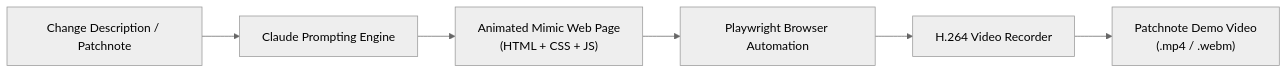
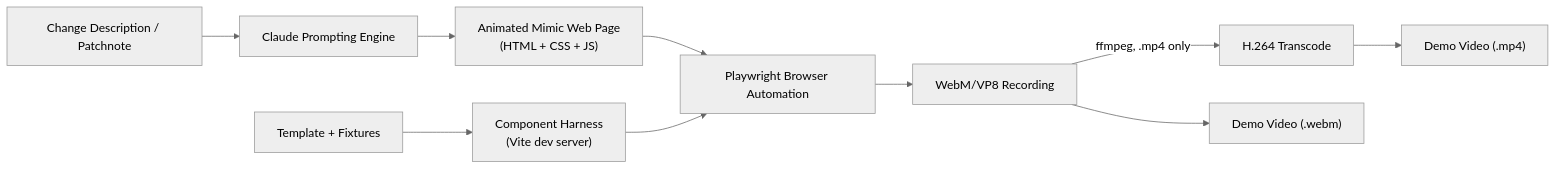
Before and after one commit to SpaceCorps/web-demo-generator: the diagram in README.md, drawn with Mermaid (neutral theme). The commit also changed other lines of this file and 3 other files, not shown here.

First line of the commit message:
Record harness URLs with a scripted tour and expose generateComponentDemo (plan 00056)

````diff
--- a/README.md
+++ b/README.md
@@ -27,8 +30,12 @@
 ```mermaid
 flowchart LR
     A["Change Description / Patchnote"] --> B["Claude Prompting Engine"]
     B --> C["Animated Mimic Web Page\n(HTML + CSS + JS)"]
+    T["Template + Fixtures"] --> H["Component Harness\n(Vite dev server)"]
     C --> D["Playwright Browser Automation"]
-    D --> E["H.264 Video Recorder"]
-    E --> F["Patchnote Demo Video\n(.mp4 / .webm)"]
+    H --> D
+    D --> E["WebM/VP8 Recording"]
+    E -->|ffmpeg, .mp4 only| F["H.264 Transcode"]
+    E --> G["Demo Video (.webm)"]
+    F --> G2["Demo Video (.mp4)"]
 ```
````
